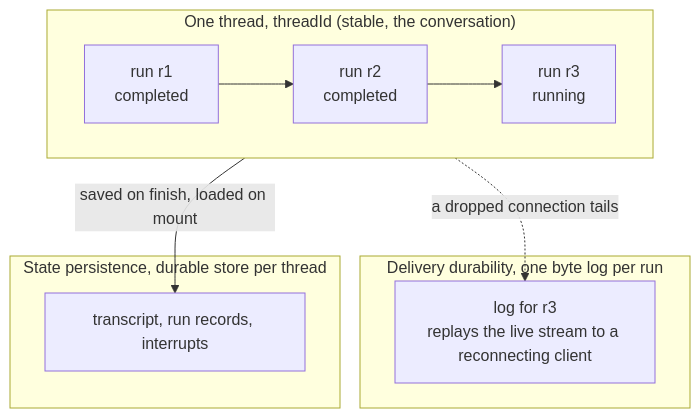
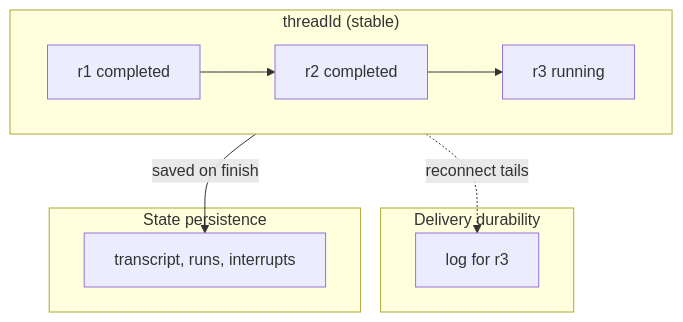
The first of 2 diagrams in docs/persistence/internals.md (SystemSculpt/ai), drawn with Mermaid before and after one commit. The commit also changed other lines of this file and 141 other files, not shown here.

````diff
--- a/docs/persistence/internals.md
+++ b/docs/persistence/internals.md
@@ -38,22 +31,18 @@
 ```mermaid
 flowchart TB
-    subgraph thread ["One thread, threadId (stable, the conversation)"]
+    subgraph thread ["threadId (stable)"]
         direction LR
-        run1["run r1
-completed"] --> run2["run r2
-completed"] --> run3["run r3
-running"]
+        run1["r1 completed"] --> run2["r2 completed"] --> run3["r3 running"]
     end
 
-    subgraph delivery ["Delivery durability, one byte log per run"]
-        log["log for r3
-replays the live stream to a reconnecting client"]
+    subgraph delivery ["Delivery durability"]
+        log["log for r3"]
     end
 
-    subgraph state ["State persistence, durable store per thread"]
-        store["transcript, run records, interrupts"]
+    subgraph state ["State persistence"]
+        store["transcript, runs, interrupts"]
     end
 
-    run3 -. "a dropped connection tails" .-> log
-    thread -- "saved on finish, loaded on mount" --> store
+    run3 -. "reconnect tails" .-> log
+    thread -- "saved on finish" --> store
 ```
````
